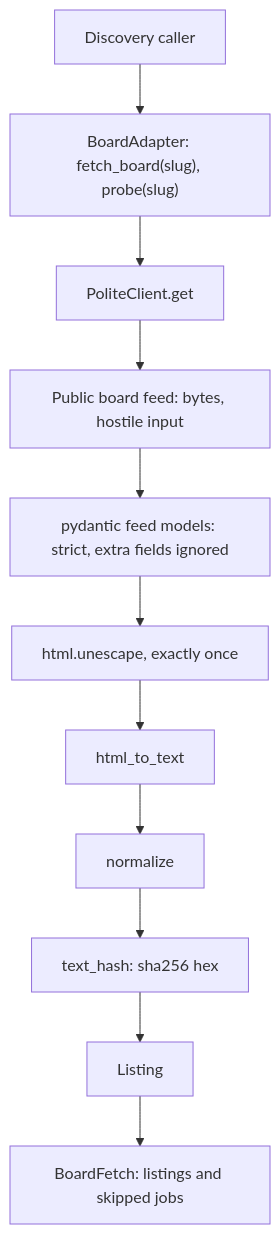
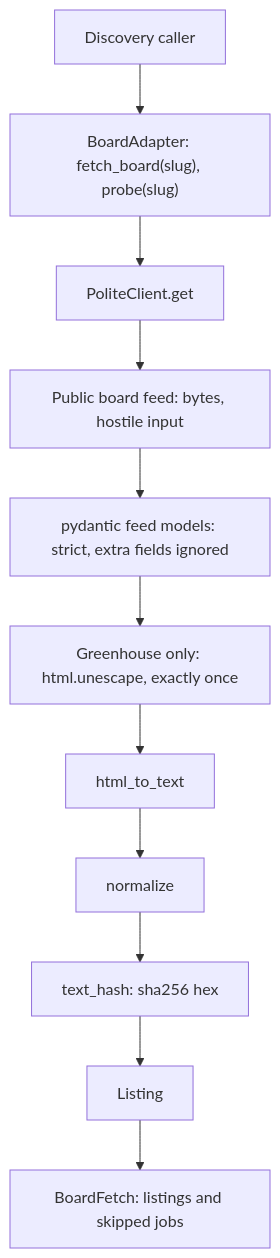
One commit to jpalicke/cypress-creek-job-board changed the third of 4 diagrams in docs/architecture.md. Above: the diagram before and after it, drawn with Mermaid. The commit also changed other lines of this file and 6 other files, not shown here.

````diff
--- a/docs/architecture.md
+++ b/docs/architecture.md
@@ -83,13 +83,13 @@
 ```mermaid
 flowchart TD
     caller[Discovery caller] --> adapter["BoardAdapter: fetch_board(slug), probe(slug)"]
     adapter --> client["PoliteClient.get"]
     client --> feed["Public board feed: bytes, hostile input"]
     feed --> schema["pydantic feed models: strict, extra fields ignored"]
-    schema --> unescape["html.unescape, exactly once"]
+    schema --> unescape["Greenhouse only: html.unescape, exactly once"]
     unescape --> text["html_to_text"]
     text --> norm["normalize"]
     norm --> hash["text_hash: sha256 hex"]
     hash --> listing["Listing"]
     listing --> result["BoardFetch: listings and skipped jobs"]
 ```
````
